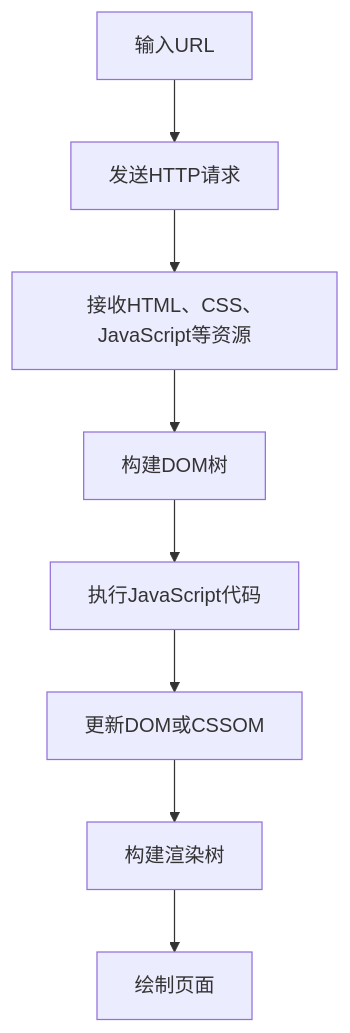
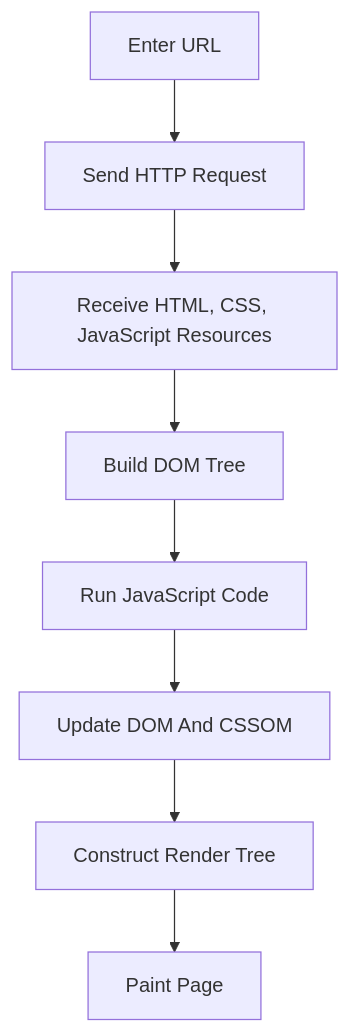
Before and after one commit to dujx99/bmc-webui-guidance: the diagram in docs/pages/1-basic.md, drawn with Mermaid. The commit also changed 17 other files, not shown here.

Commit message:
feat: 优化mermaid

````diff
--- a/docs/pages/1-basic.md
+++ b/docs/pages/1-basic.md
@@ -16,10 +16,10 @@
   ```mermaid
-    graph TD
-    A[输入URL] --> B[发送HTTP请求]
-    B --> C[接收HTML、CSS、JavaScript等资源]
-    C --> D[构建DOM树]
-    D --> E[执行JavaScript代码]
-    E --> F[更新DOM或CSSOM]
-    F --> G[构建渲染树]
-    G --> H[绘制页面]
+  graph TD
+    A[Enter URL] --> B[Send HTTP Request]
+    B --> C[Receive HTML, CSS, JavaScript Resources]
+    C --> D[Build DOM Tree]
+    D --> E[Run JavaScript Code]
+    E --> F[Update DOM And CSSOM]
+    F --> G[Construct Render Tree]
+    G --> H[Paint Page]
   ```
````
